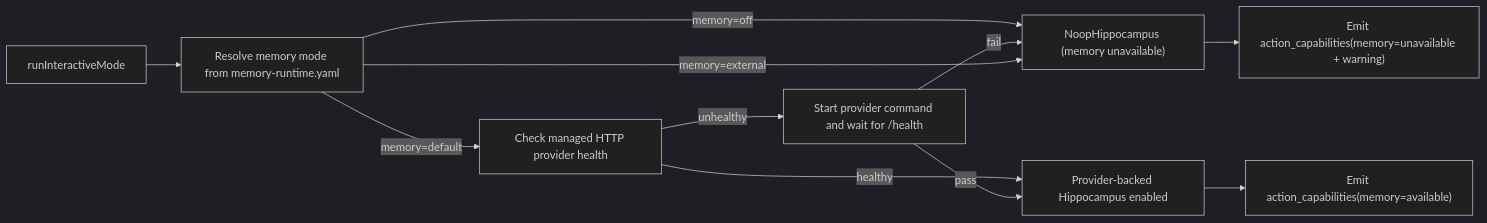
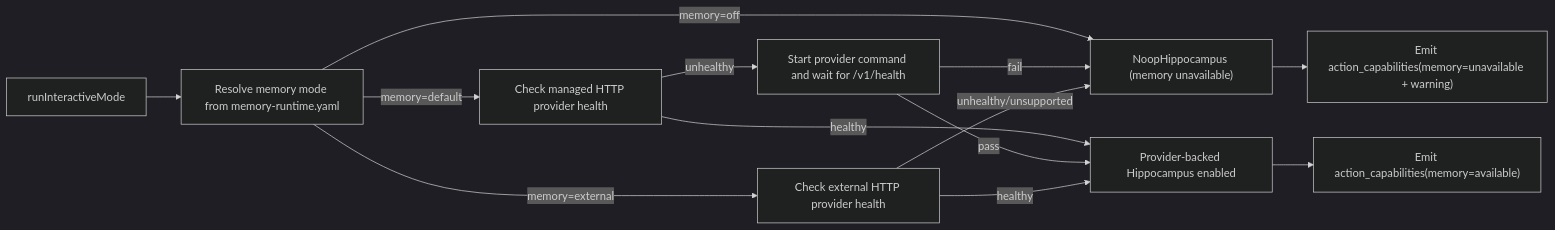
Before and after one commit to neopsyke/NeoPsyke: the fourth of 7 diagrams in AGENT_LOGIC_DIAGRAM.md, drawn with Mermaid (dark theme). The commit also changed other lines of this file and 27 other files, not shown here.

Commit message:
refactor(memory): freeze provider http v1 contract

````diff
--- a/AGENT_LOGIC_DIAGRAM.md
+++ b/AGENT_LOGIC_DIAGRAM.md
@@ -238,13 +244,15 @@
 ```mermaid
 flowchart LR
     A["runInteractiveMode"] --> B["Resolve memory mode from memory-runtime.yaml"]
     B -->|memory=off| C["NoopHippocampus (memory unavailable)"]
     B -->|memory=default| D["Check managed HTTP provider health"]
     D -->|healthy| E["Provider-backed Hippocampus enabled"]
-    D -->|unhealthy| F["Start provider command and wait for /health"]
+    D -->|unhealthy| F["Start provider command and wait for /v1/health"]
     F -->|pass| E
     F -->|fail| C
-    B -->|memory=external| C
+    B -->|memory=external| X["Check external HTTP provider health"]
+    X -->|healthy| E
+    X -->|unhealthy/unsupported| C
     E --> H["Emit action_capabilities(memory=available)"]
     C --> G["Emit action_capabilities(memory=unavailable + warning)"]
 ```
````
